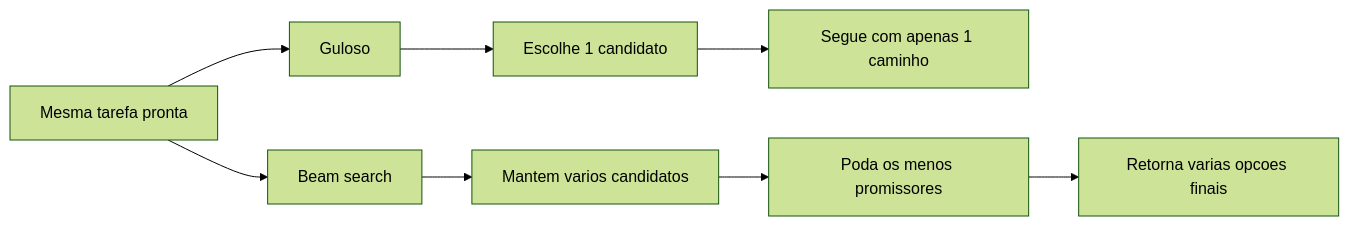
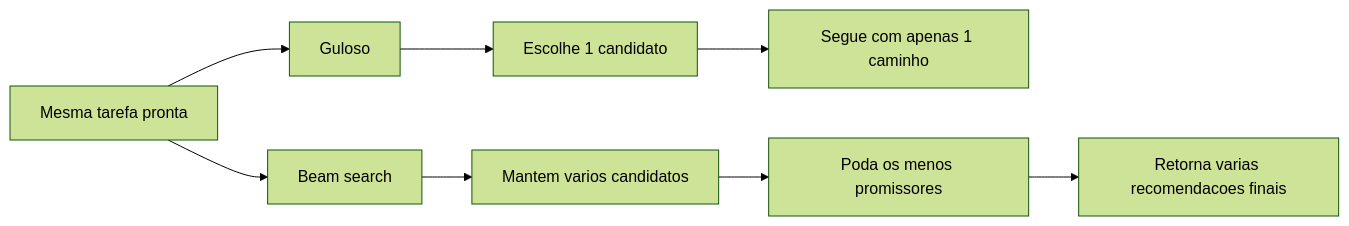
Before and after one commit to UFFeScience/akoflow-scheduler-simulator: the seventh of 7 diagrams in doc/README.md, drawn with Mermaid (forest theme). The commit also changed other lines of this file and 26 other files, not shown here.

````diff
--- a/doc/README.md
+++ b/doc/README.md
@@ -175,10 +175,10 @@
 ```mermaid
 flowchart LR
     A[Mesma tarefa pronta] --> B[Guloso]
     A --> C[Beam search]
     B --> D[Escolhe 1 candidato]
     D --> E[Segue com apenas 1 caminho]
     C --> F[Mantem varios candidatos]
     F --> G[Poda os menos promissores]
-    G --> H[Retorna varias opcoes finais]
+    G --> H[Retorna varias recomendacoes finais]
 ```
````
